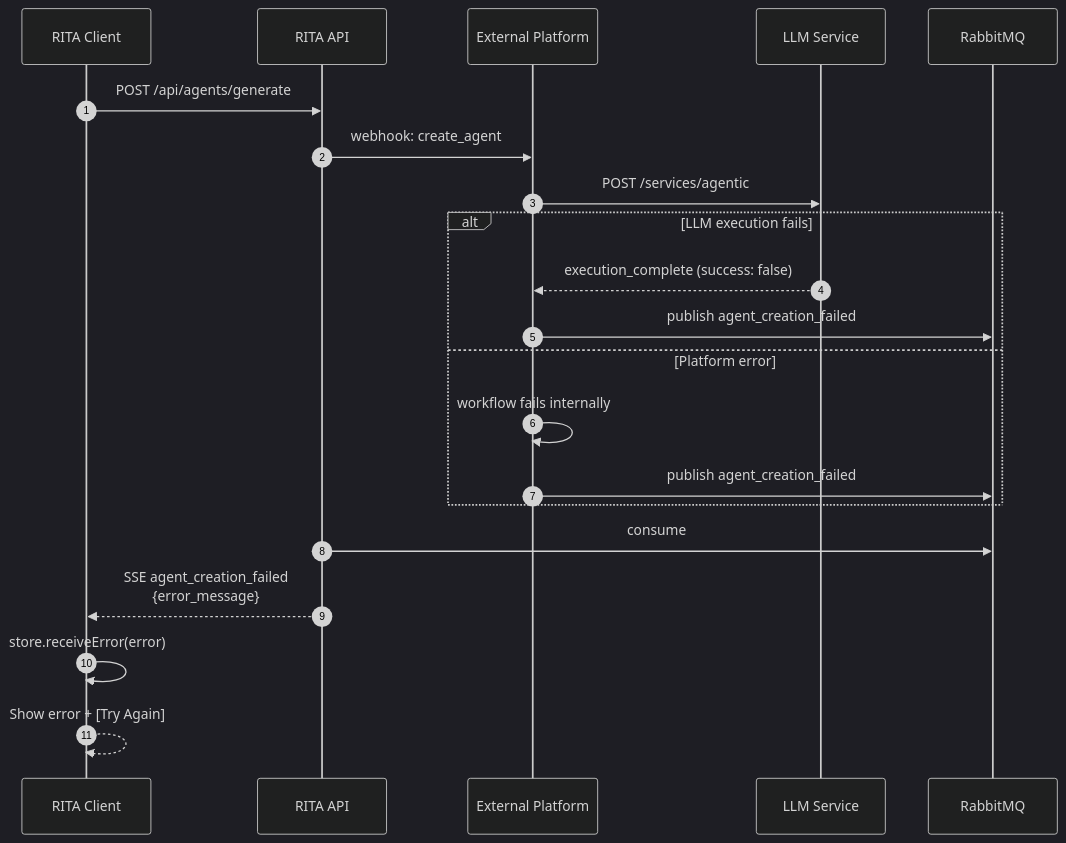
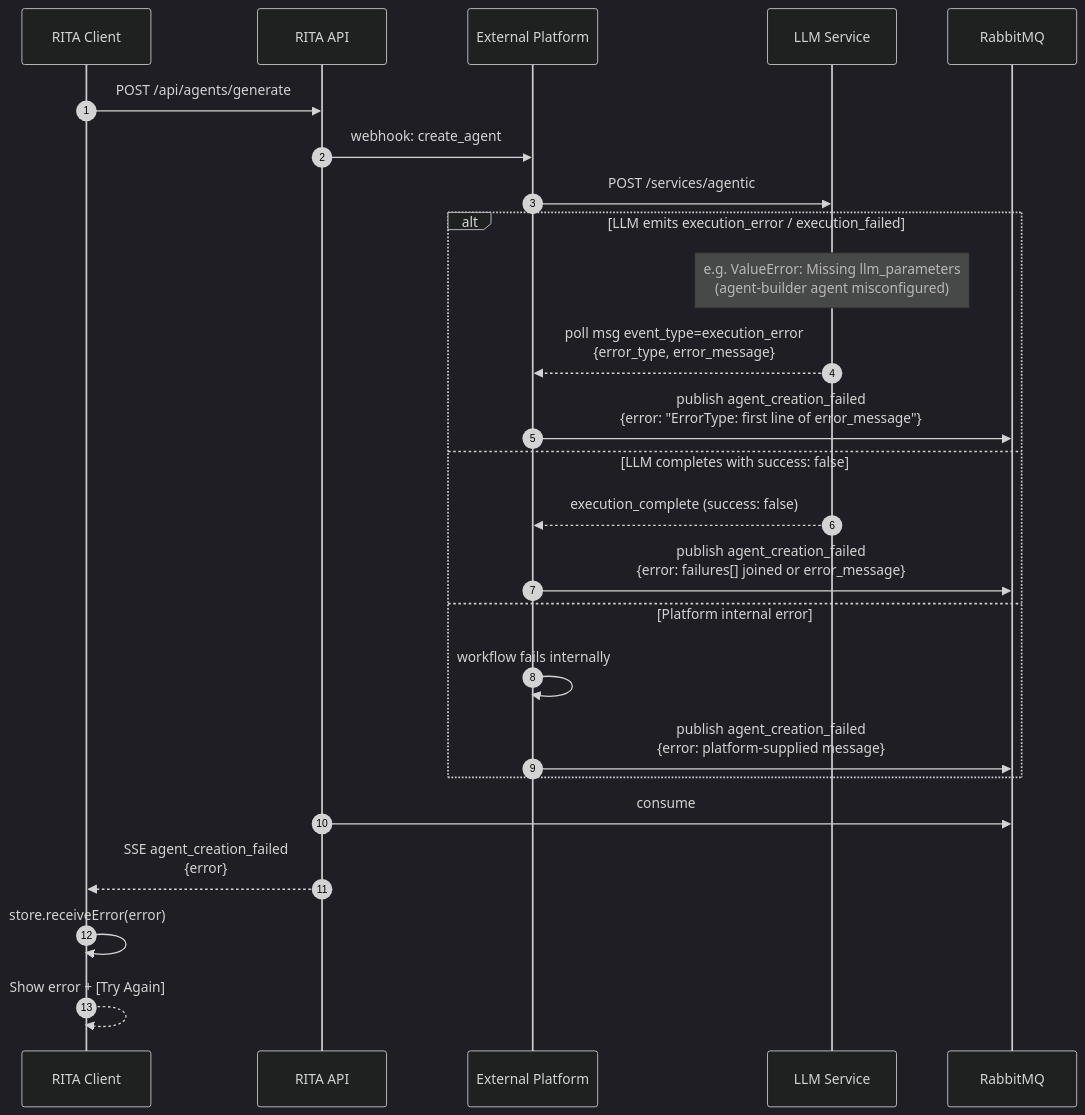
One commit to ewilhelmy-resolve/resolve-prototypes changed the seventh of 11 diagrams in docs/features/agents/agent-creation-workflow-integration.md. Above: the diagram before and after it, drawn with Mermaid (dark theme). The commit also changed other lines of this file and 3 other files, not shown here.

First line of the commit message:
fix(agents): surface LLM execution errors

````diff
--- a/docs/features/agents/agent-creation-workflow-integration.md
+++ b/docs/features/agents/agent-creation-workflow-integration.md
@@ -238,26 +240,30 @@
 ```mermaid
 sequenceDiagram
     autonumber
     participant Client as RITA Client
     participant API as RITA API
     participant Platform as External Platform
     participant LLM as LLM Service
     participant MQ as RabbitMQ
 
     Client->>API: POST /api/agents/generate
     API->>Platform: webhook: create_agent
     Platform->>LLM: POST /services/agentic
 
-    alt LLM execution fails
+    alt LLM emits execution_error / execution_failed
+        Note over LLM: e.g. ValueError: Missing llm_parameters<br/>(agent-builder agent misconfigured)
+        LLM-->>Platform: poll msg event_type=execution_error<br/>{error_type, error_message}
+        Platform->>MQ: publish agent_creation_failed<br/>{error: "ErrorType: first line of error_message"}
+    else LLM completes with success: false
         LLM-->>Platform: execution_complete (success: false)
-        Platform->>MQ: publish agent_creation_failed
-    else Platform error
+        Platform->>MQ: publish agent_creation_failed<br/>{error: failures[] joined or error_message}
+    else Platform internal error
         Platform->>Platform: workflow fails internally
-        Platform->>MQ: publish agent_creation_failed
+        Platform->>MQ: publish agent_creation_failed<br/>{error: platform-supplied message}
     end
 
     API->>MQ: consume
-    API-->>Client: SSE agent_creation_failed<br/>{error_message}
+    API-->>Client: SSE agent_creation_failed<br/>{error}
     Client->>Client: store.receiveError(error)
     Client-->>Client: Show error + [Try Again]
 ```
````
